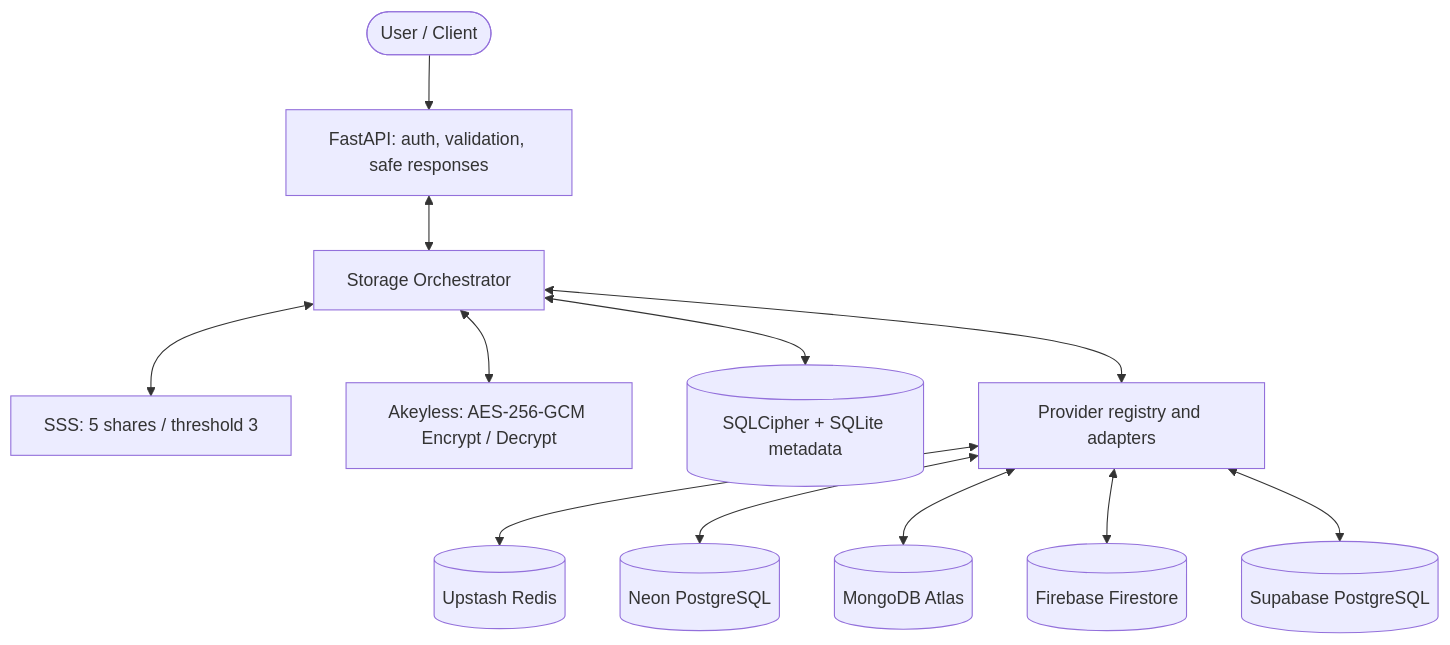
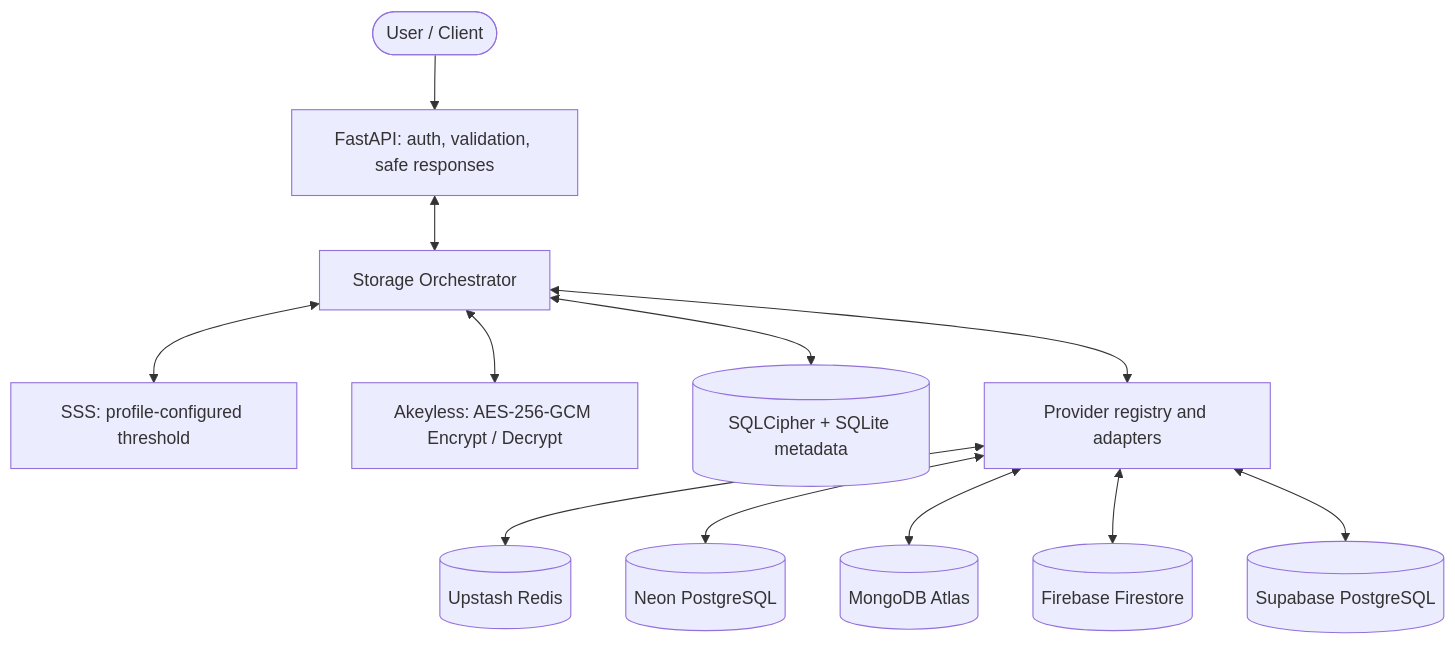
One commit to Raj-pratap07/Compromized changed the first of 4 diagrams in docs/firefly-docs-pack/docs/ARCHITECTURE.md. Above: the diagram before and after it, drawn with Mermaid. The commit also changed other lines of this file and 45 other files, not shown here.

````diff
--- a/docs/firefly-docs-pack/docs/ARCHITECTURE.md
+++ b/docs/firefly-docs-pack/docs/ARCHITECTURE.md
@@ -61,14 +63,14 @@
 ```mermaid
 flowchart TB
     U([User / Client]) --> API[FastAPI: auth, validation, safe responses]
     API <--> O[Storage Orchestrator]
-    O <--> SSS[SSS: 5 shares / threshold 3]
+    O <--> SSS[SSS: profile-configured threshold]
     O <--> AK[Akeyless: AES-256-GCM Encrypt / Decrypt]
     O <--> DB[(SQLCipher + SQLite metadata)]
     O <--> REG[Provider registry and adapters]
     REG <--> P1[(Upstash Redis)]
     REG <--> P2[(Neon PostgreSQL)]
     REG <--> P3[(MongoDB Atlas)]
     REG <--> P4[(Firebase Firestore)]
     REG <--> P5[(Supabase PostgreSQL)]
 ```
````
